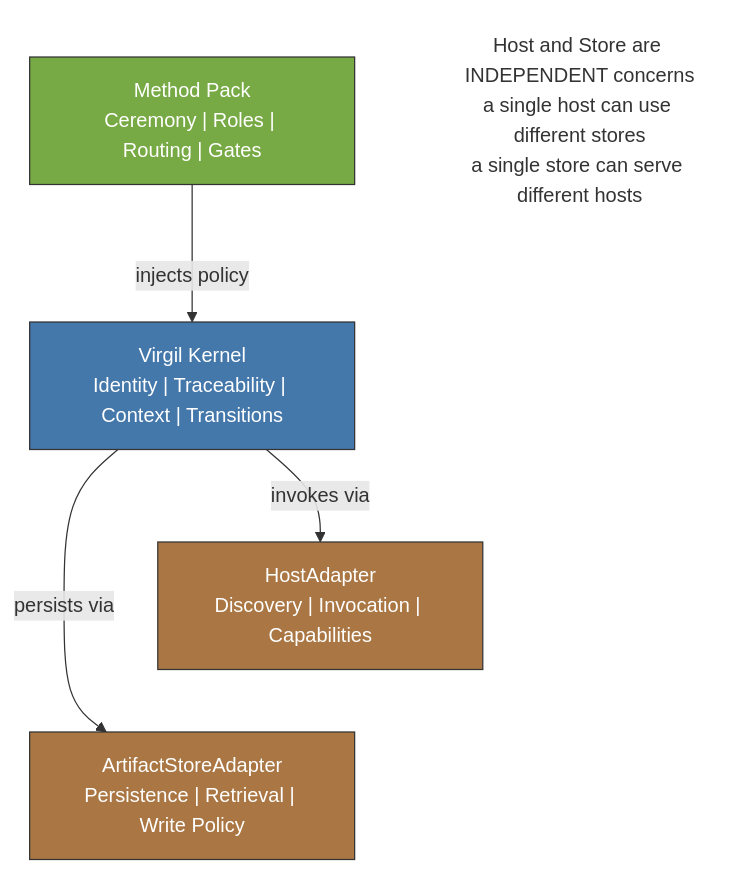
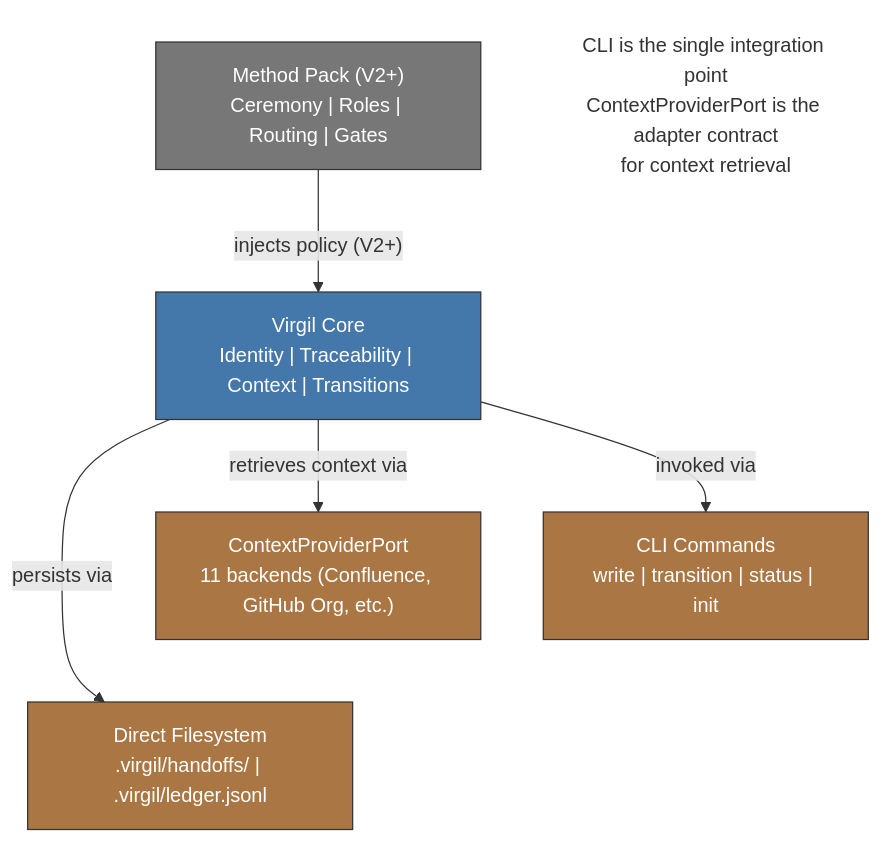
Before and after one commit to virgenherrera/virgil: diagram 11 of 48 in docs/reference/principia/constitution.md, drawn with Mermaid. The commit also changed other lines of this file and 3 other files, not shown here.

First line of the commit message:
docs: constitutional amendment — CLI architecture alignment

````diff
--- a/docs/reference/principia/constitution.md
+++ b/docs/reference/principia/constitution.md
@@ -534,21 +553,23 @@
 ```mermaid
 flowchart TD
-    PACK["Method Pack\nCeremony | Roles | Routing | Gates"]
-    PACK -->|"injects policy"| VIRGIL
+    PACK["Method Pack (V2+)\nCeremony | Roles | Routing | Gates"]
+    PACK -->|"injects policy (V2+)"| VIRGIL
 
-    VIRGIL["Virgil Kernel\nIdentity | Traceability | Context | Transitions"]
-    VIRGIL -->|"invokes via"| HOST
+    VIRGIL["Virgil Core\nIdentity | Traceability | Context | Transitions"]
+    VIRGIL -->|"invoked via"| CLI_CMD["CLI Commands\nwrite | transition | status | init"]
     VIRGIL -->|"persists via"| STORE
+    VIRGIL -->|"retrieves context via"| PROVIDERS
 
-    HOST["HostAdapter\nDiscovery | Invocation | Capabilities"]
-    STORE["ArtifactStoreAdapter\nPersistence | Retrieval | Write Policy"]
+    STORE["Direct Filesystem\n.virgil/handoffs/ | .virgil/ledger.jsonl"]
+    PROVIDERS["ContextProviderPort\n11 backends (Confluence, GitHub Org, etc.)"]
 
-    HOST ~~~ STORE
-    NOTE["Host and Store are INDEPENDENT concerns\na single host can use different stores\na single store can serve different hosts"]
+    CLI_CMD ~~~ STORE
+    NOTE["CLI is the single integration point\nContextProviderPort is the adapter contract\nfor context retrieval"]
 
-    style PACK fill:#7a4,stroke:#333,color:#fff
+    style PACK fill:#777,stroke:#333,color:#fff
     style VIRGIL fill:#47a,stroke:#333,color:#fff
-    style HOST fill:#a74,stroke:#333,color:#fff
+    style CLI_CMD fill:#a74,stroke:#333,color:#fff
     style STORE fill:#a74,stroke:#333,color:#fff
+    style PROVIDERS fill:#a74,stroke:#333,color:#fff
     style NOTE fill:none,stroke:none
 ```
````
